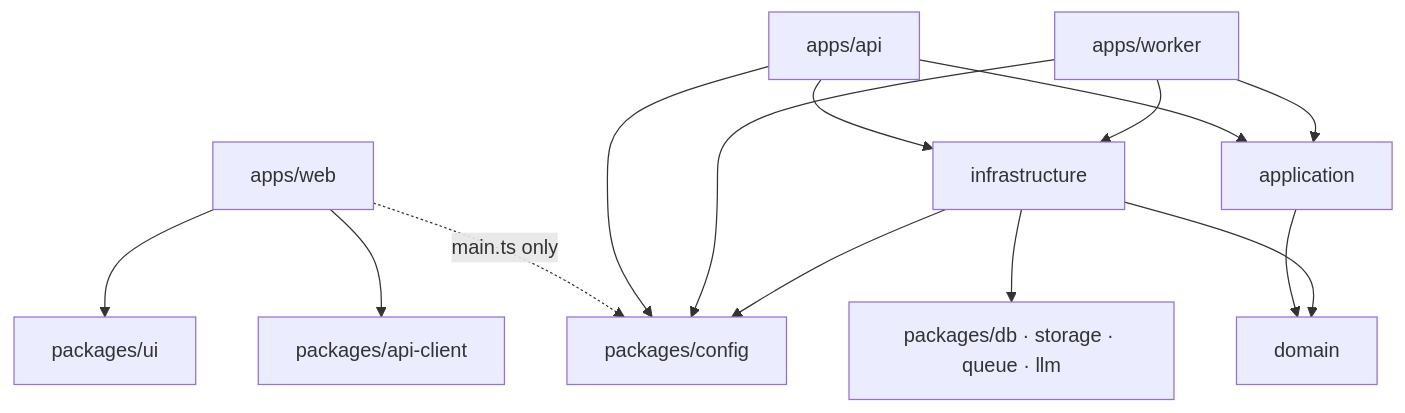
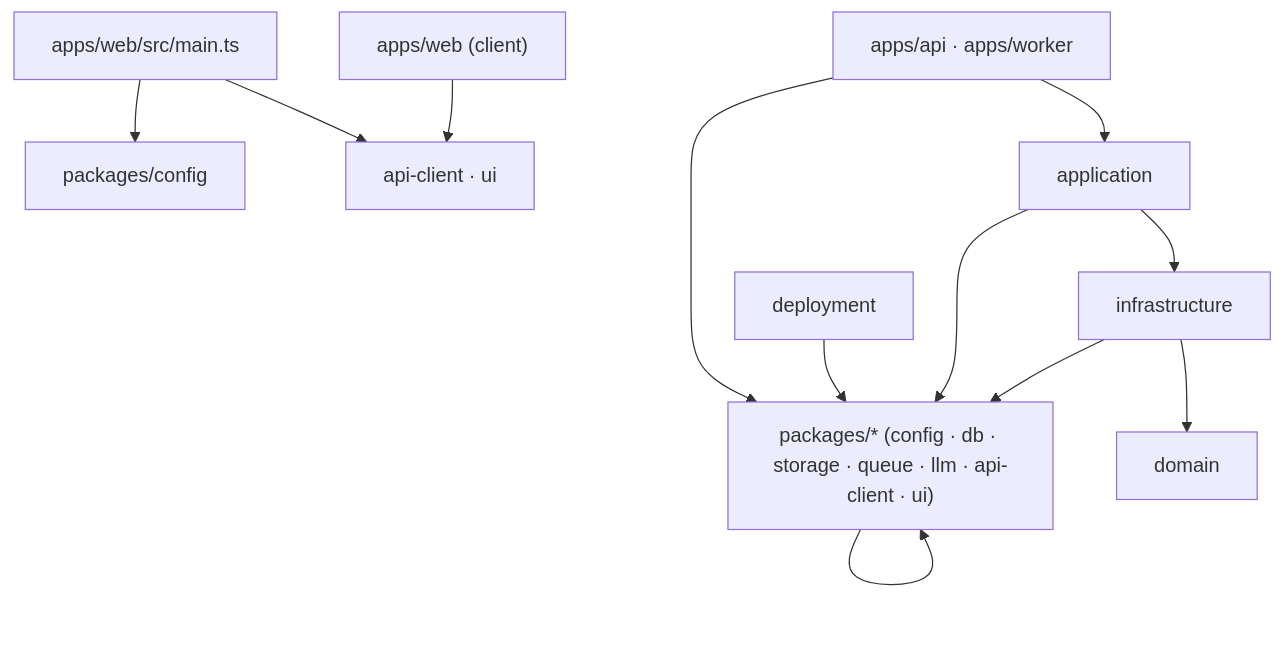
One commit to khotei/app-template changed the first of 3 diagrams in docs/tickets/2026-10-15_monorepo-setup/architecture.md. Above: the diagram before and after it, drawn with Mermaid. The commit also changed other lines of this file and 9 other files, not shown here.

````diff
--- a/docs/tickets/2026-10-15_monorepo-setup/architecture.md
+++ b/docs/tickets/2026-10-15_monorepo-setup/architecture.md
@@ -9,16 +9,14 @@
 ```mermaid
 graph TD
-  web[apps/web] --> apiClient[packages/api-client]
-  web --> ui[packages/ui]
-  web -.->|main.ts only| config
-  api[apps/api] --> application
-  api --> infrastructure
-  worker[apps/worker] --> application
-  worker --> infrastructure
-  api --> config[packages/config]
-  worker --> config
-  application --> domain
+  apps["apps/api · apps/worker"] --> application
+  application --> infrastructure
   infrastructure --> domain
-  infrastructure --> clients["packages/db · storage · queue · llm"]
-  infrastructure --> config
+  apps --> packages["packages/* (config · db · storage · queue · llm · api-client · ui)"]
+  application --> packages
+  infrastructure --> packages
+  packages --> packages
+  web["apps/web (client)"] --> clientPkgs["api-client · ui"]
+  webMain["apps/web/src/main.ts"] --> clientPkgs
+  webMain --> config["packages/config"]
+  deployment --> packages
 ```
````
